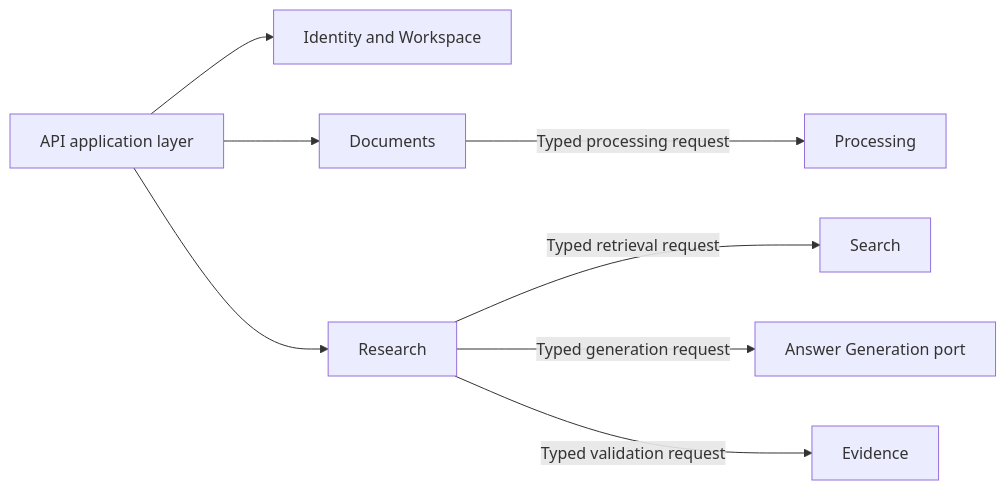
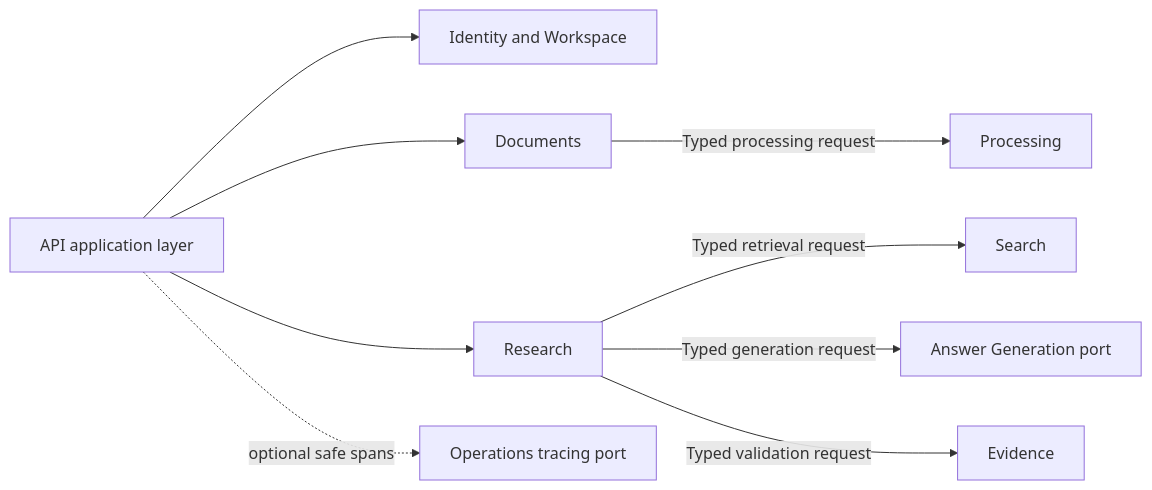
Before and after one commit to rnkraus/investment-research: the diagram in backend/src/investment_research/modules/README.md, drawn with Mermaid. The commit also changed other lines of this file and 14 other files, not shown here.

````diff
--- a/backend/src/investment_research/modules/README.md
+++ b/backend/src/investment_research/modules/README.md
@@ -18,10 +19,11 @@
 ```mermaid
 flowchart LR
     API[API application layer] --> ID[Identity and Workspace]
     API --> DOC[Documents]
     API --> RESEARCH[Research]
     DOC -->|Typed processing request| PROCESSING[Processing]
     RESEARCH -->|Typed retrieval request| SEARCH[Search]
     RESEARCH -->|Typed generation request| GENERATION[Answer Generation port]
     RESEARCH -->|Typed validation request| EVIDENCE[Evidence]
+    API -. optional safe spans .-> OPERATIONS[Operations tracing port]
 ```
````
